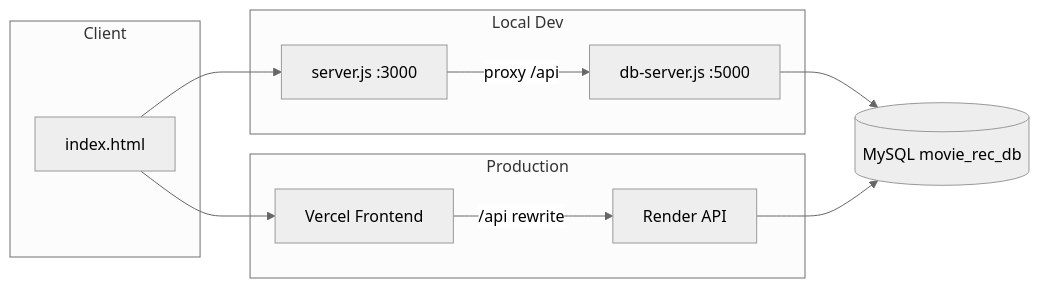
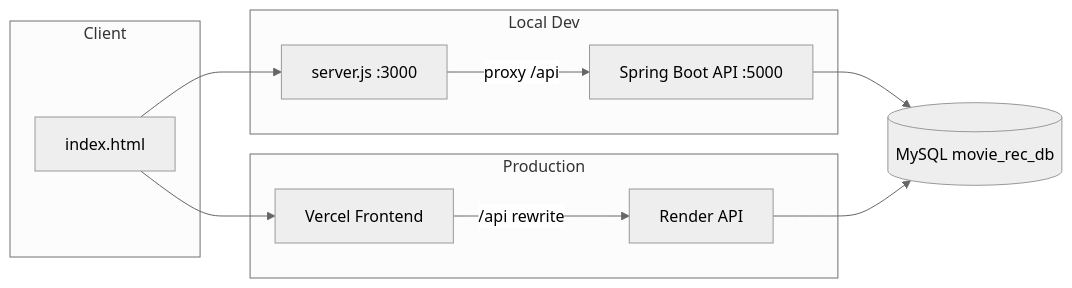
One commit to Meghana30001/Movie-Review-System changed the diagram in README.md. Above: the diagram before and after it, drawn with Mermaid (neutral theme). The commit also changed other lines of this file and 30 other files, not shown here.

Commit message:
Add Spring Boot backend and update project configuration

````diff
--- a/README.md
+++ b/README.md
@@ -58,25 +58,25 @@
 ```mermaid
 flowchart LR
   subgraph client [Client]
     UI[index.html]
   end
 
   subgraph local [Local Dev]
   FE[server.js :3000]
-  API[db-server.js :5000]
+  API[Spring Boot API :5000]
   end
 
   subgraph cloud [Production]
   Vercel[Vercel Frontend]
   Render[Render API]
   end
 
   DB[(MySQL movie_rec_db)]
 
   UI --> FE
   FE -->|proxy /api| API
   UI --> Vercel
   Vercel -->|/api rewrite| Render
   API --> DB
   Render --> DB
 ```
````
